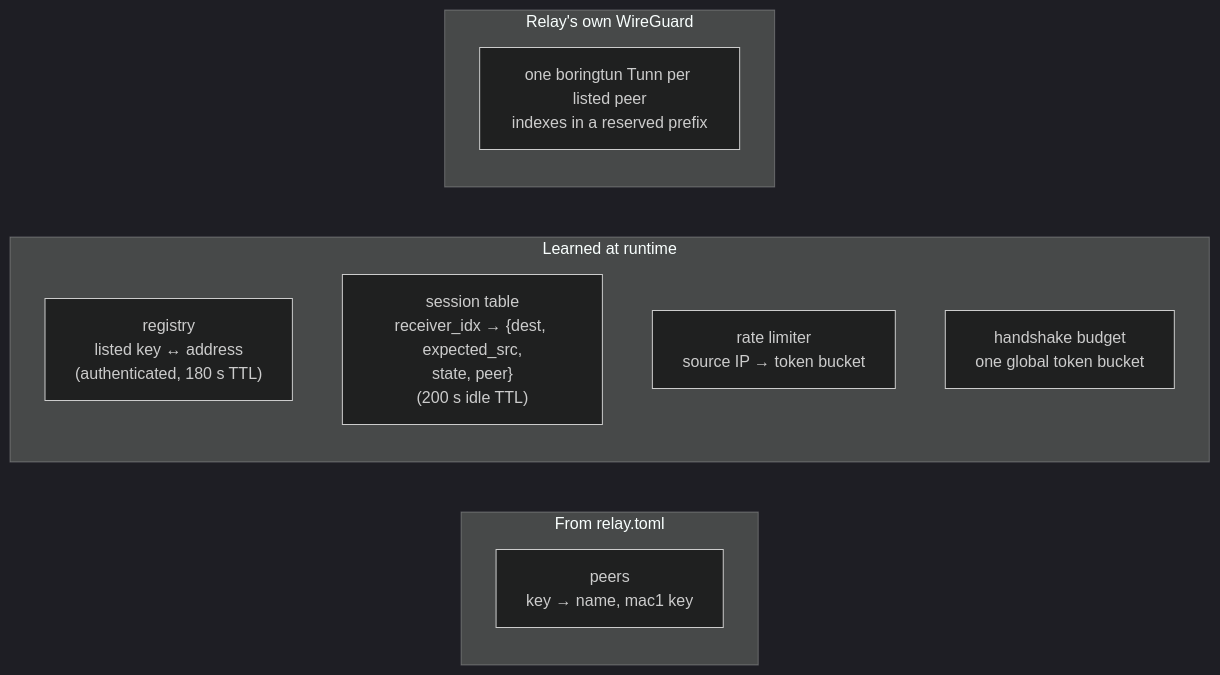
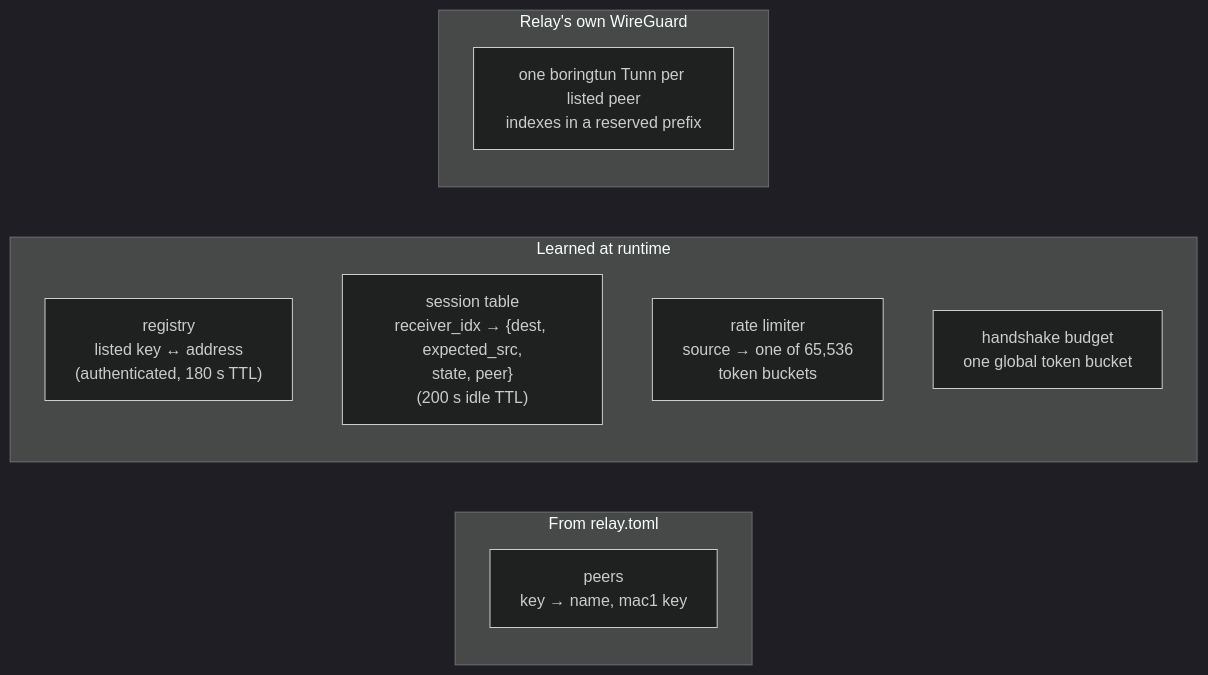
One commit to 3alpha/wg-relay changed the eighth of 22 diagrams in docs/how-it-works.md. Above: the diagram before and after it, drawn with Mermaid (dark theme). The commit also changed other lines of this file and 7 other files, not shown here.

````diff
--- a/docs/how-it-works.md
+++ b/docs/how-it-works.md
@@ -297,15 +297,15 @@
 ```mermaid
 flowchart LR
     subgraph cfg["From relay.toml"]
         P["peers<br/>key → name, mac1 key"]
     end
     subgraph learned_state["Learned at runtime"]
         REG["registry<br/>listed key ↔ address<br/>(authenticated, 180 s TTL)"]
         SES["session table<br/>receiver_idx → {dest, expected_src,<br/>state, peer}<br/>(200 s idle TTL)"]
-        RL["rate limiter<br/>source IP → token bucket"]
+        RL["rate limiter<br/>source → one of 65,536<br/>token buckets"]
         BUD["handshake budget<br/>one global token bucket"]
     end
     subgraph tunnels["Relay's own WireGuard"]
         T["one boringtun Tunn per listed peer<br/>indexes in a reserved prefix"]
     end
 ```
````
